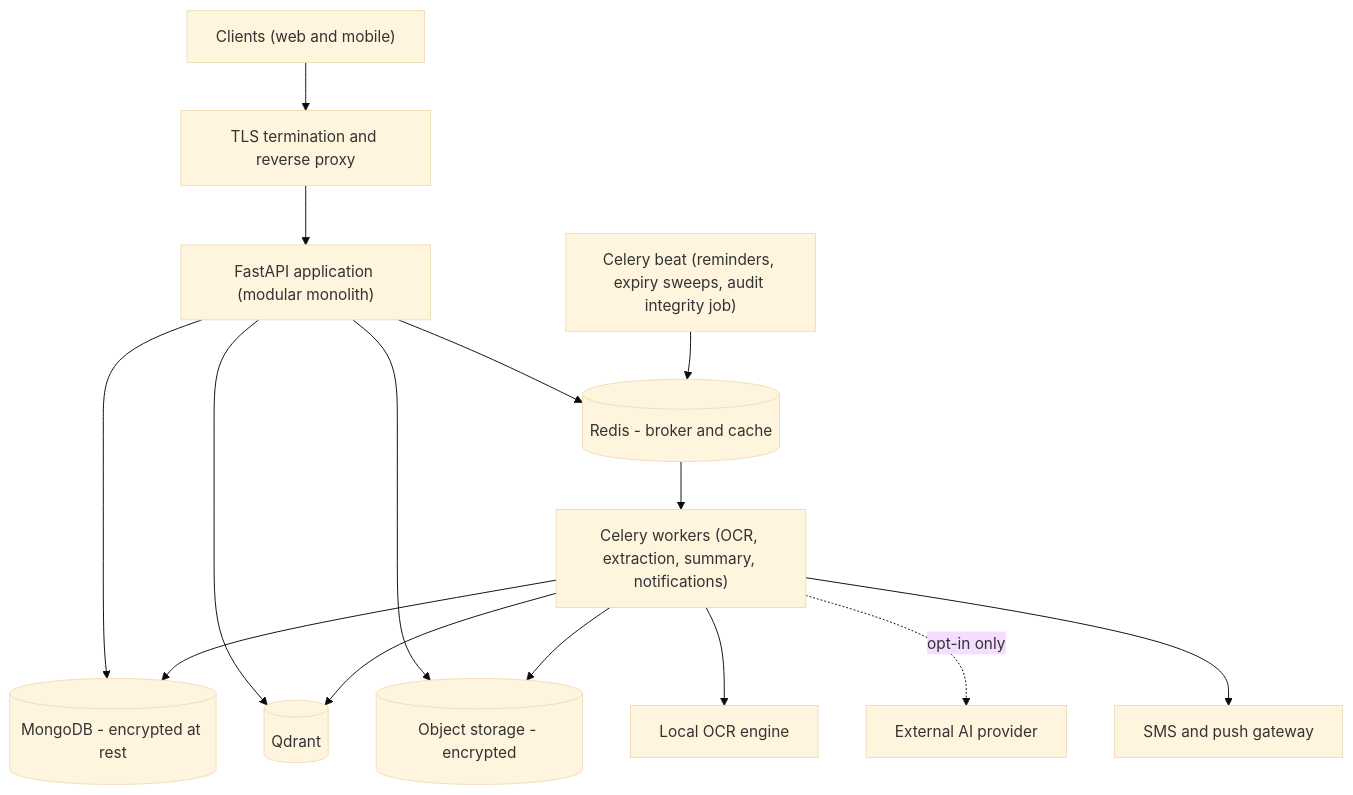
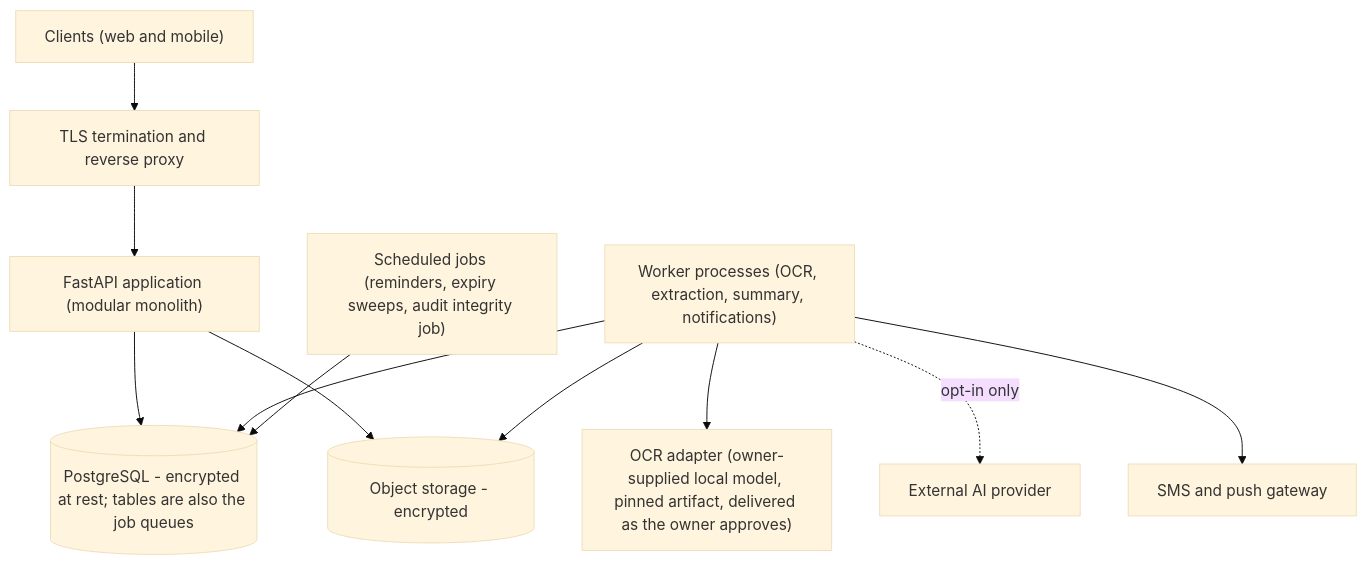
Before and after one commit to sarwar-islam/swasthyoid: the fifth of 32 diagrams in docs/FRD.md, drawn with Mermaid (base theme). The commit also changed other lines of this file and 4 other files, not shown here.

````diff
--- a/docs/FRD.md
+++ b/docs/FRD.md
@@ -232,17 +239,13 @@
 ```mermaid
 flowchart TB
     U["Clients (web and mobile)"] --> LB["TLS termination and reverse proxy"]
     LB --> APP["FastAPI application (modular monolith)"]
-    APP --> MDB[("MongoDB - encrypted at rest")]
-    APP --> QD[("Qdrant")]
+    APP --> PG[("PostgreSQL - encrypted at rest; tables are also the job queues")]
     APP --> S3[("Object storage - encrypted")]
-    APP --> RD[("Redis - broker and cache")]
-    RD --> WK["Celery workers (OCR, extraction, summary, notifications)"]
-    WK --> OCR["Local OCR engine"]
-    WK --> MDB
+    WK["Worker processes (OCR, extraction, summary, notifications)"] --> PG
+    WK --> OCR["OCR adapter (owner-supplied local model, pinned artifact, delivered as the owner approves)"]
     WK --> S3
-    WK --> QD
     WK -. "opt-in only" .-> EXT["External AI provider"]
-    BEAT["Celery beat (reminders, expiry sweeps, audit integrity job)"] --> RD
+    SCH["Scheduled jobs (reminders, expiry sweeps, audit integrity job)"] --> PG
     WK --> GW["SMS and push gateway"]
 ```
````
